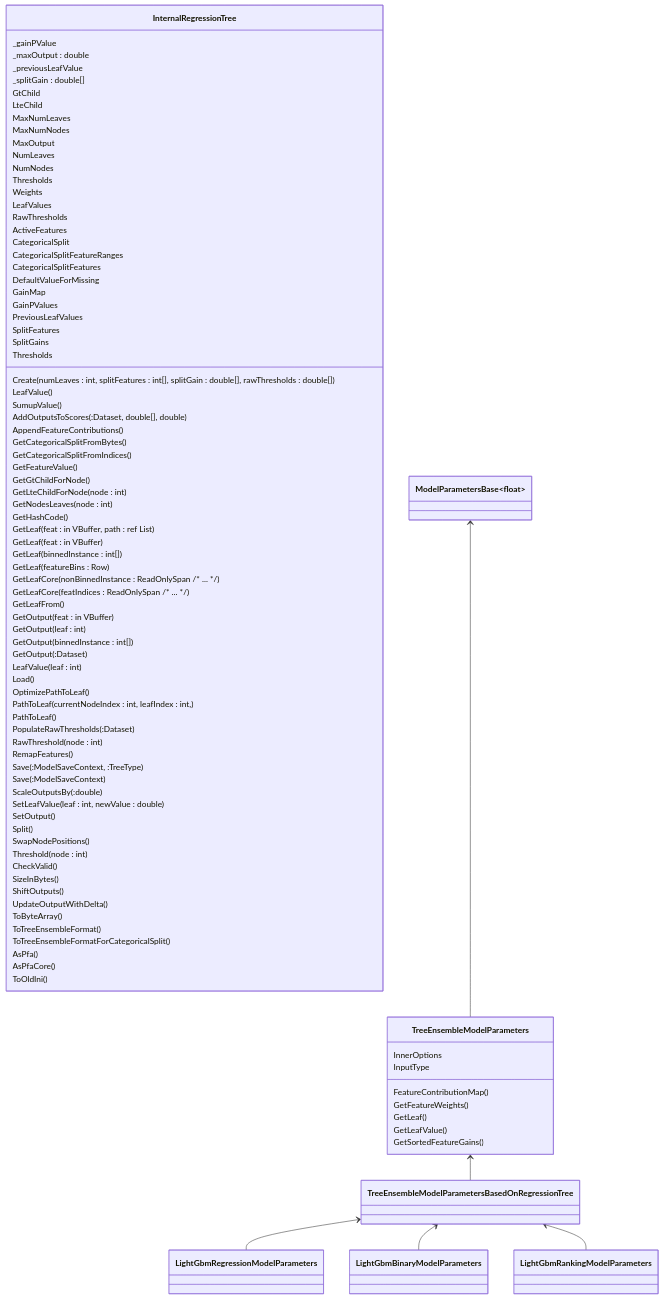
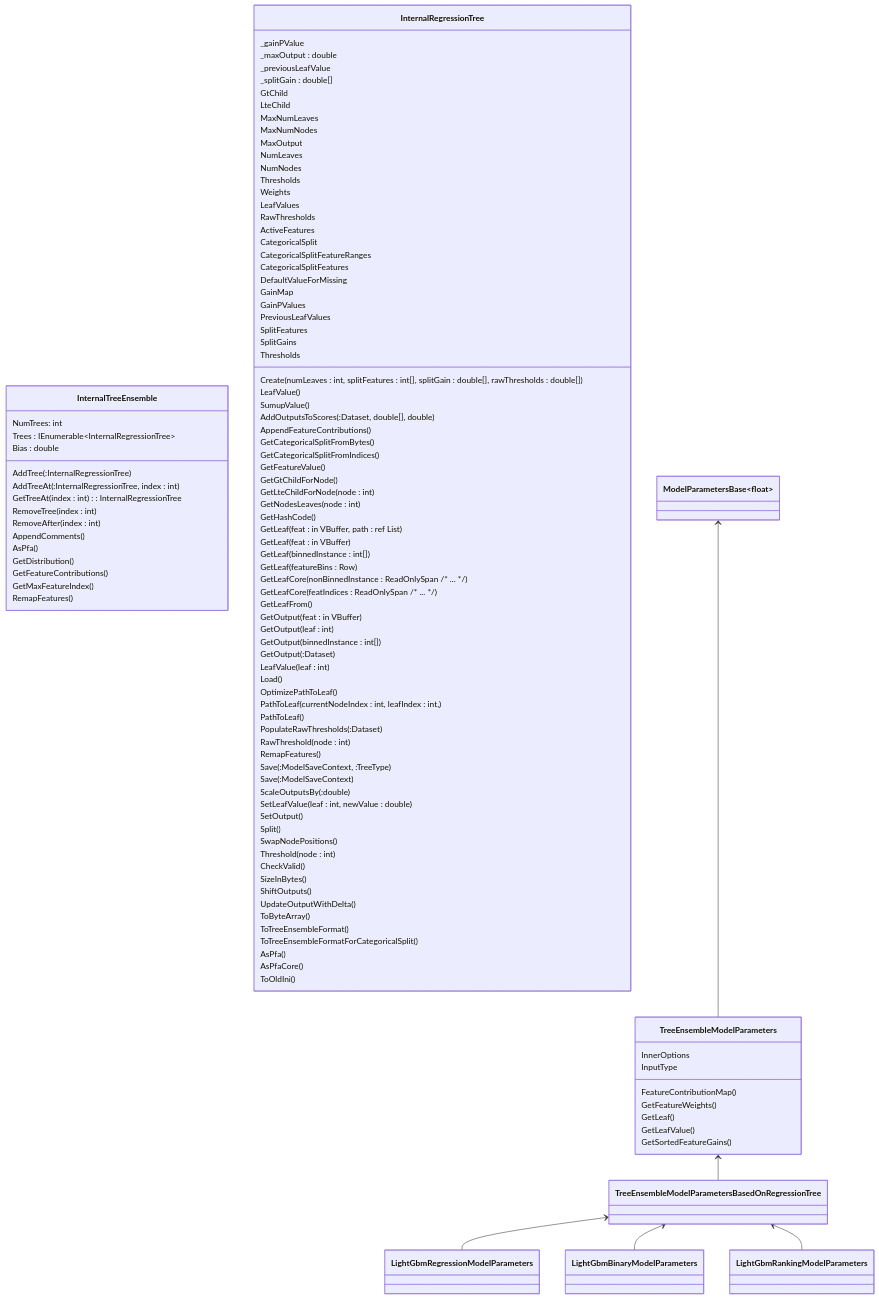
One commit to rgesteve/mlnetarchdiagrams changed the diagram in class_fasttree.mmd. Above: the diagram before and after it, drawn with Mermaid. The commit also changed 1 other file, not shown here.

```diff
--- a/class_fasttree.mmd
+++ b/class_fasttree.mmd
@@ -1,98 +1,115 @@
 classDiagram 
+    class InternalTreeEnsemble {
+      NumTrees: int
+      Trees : IEnumerable~InternalRegressionTree~
+      Bias : double
+      AddTree(:InternalRegressionTree)
+      AddTreeAt(:InternalRegressionTree, index : int)
+      GetTreeAt(index : int) : InternalRegressionTree
+      RemoveTree(index : int)
+      RemoveAfter(index : int)
+      AppendComments()
+      AsPfa()
+      GetDistribution()
+      GetFeatureContributions()
+      GetMaxFeatureIndex()
+      RemapFeatures()
+    }
+
     class InternalRegressionTree {
         _gainPValue
         _maxOutput : double
         _previousLeafValue
         _splitGain : double[]
         GtChild
         LteChild
         MaxNumLeaves
         MaxNumNodes
         MaxOutput 
         NumLeaves 
         NumNodes 
         Thresholds
         Weights
         LeafValues
         RawThresholds 
         ActiveFeatures
         CategoricalSplit
         CategoricalSplitFeatureRanges
         CategoricalSplitFeatures
         DefaultValueForMissing
         GainMap 
         GainPValues
         PreviousLeafValues
         SplitFeatures 
         SplitGains
         Thresholds
         Create(numLeaves : int, splitFeatures : int[], splitGain : double[], rawThresholds : double[])
         LeafValue()
         SumupValue()
         AddOutputsToScores(:Dataset, double[], double)
         AppendFeatureContributions()
         GetCategoricalSplitFromBytes()
         GetCategoricalSplitFromIndices()
         GetFeatureValue()
         GetGtChildForNode()
         GetLteChildForNode(node : int)
         GetNodesLeaves(node : int)
         GetHashCode()
         GetLeaf(feat : in VBuffer<float>, path : ref List<int>)
         GetLeaf(feat : in VBuffer<float>)
         GetLeaf(binnedInstance : int[])
         GetLeaf(featureBins : Row)
         GetLeafCore(nonBinnedInstance : ReadOnlySpan<float> /* ... */)
         GetLeafCore(featIndices : ReadOnlySpan<int> /* ... */)
         GetLeafFrom()
         GetOutput(feat : in VBuffer<float>)
         GetOutput(leaf : int)
         GetOutput(binnedInstance : int[])
         GetOutput(:Dataset)
         LeafValue(leaf : int)
         Load()
         OptimizePathToLeaf()
         PathToLeaf(currentNodeIndex : int, leafIndex : int, )
         PathToLeaf()
         PopulateRawThresholds(:Dataset)
         RawThreshold(node : int)
         RemapFeatures()
         Save(:ModelSaveContext, :TreeType)
         Save(:ModelSaveContext)
         ScaleOutputsBy(:double)
         SetLeafValue(leaf : int, newValue : double)
         SetOutput()
         Split()
         SwapNodePositions()
         Threshold(node : int)
         CheckValid()
         SizeInBytes()
         ShiftOutputs()
         UpdateOutputWithDelta()
         ToByteArray()
         ToTreeEnsembleFormat()
         ToTreeEnsembleFormatForCategoricalSplit()
         AsPfa()
         AsPfaCore()
         ToOldIni()
     }
 
     class ModelParametersBase~float~
     class TreeEnsembleModelParameters {
         InnerOptions
         InputType
         FeatureContributionMap()
         GetFeatureWeights()
         GetLeaf()
         GetLeafValue()
         GetSortedFeatureGains()
     }
     class TreeEnsembleModelParametersBasedOnRegressionTree
     class LightGbmRegressionModelParameters
     class LightGbmBinaryModelParameters
     class LightGbmRankingModelParameters
     ModelParametersBase~float~ <-- TreeEnsembleModelParameters
     TreeEnsembleModelParameters <-- TreeEnsembleModelParametersBasedOnRegressionTree
     TreeEnsembleModelParametersBasedOnRegressionTree <-- LightGbmRegressionModelParameters
     TreeEnsembleModelParametersBasedOnRegressionTree <-- LightGbmBinaryModelParameters
     TreeEnsembleModelParametersBasedOnRegressionTree <-- LightGbmRankingModelParameters
```
